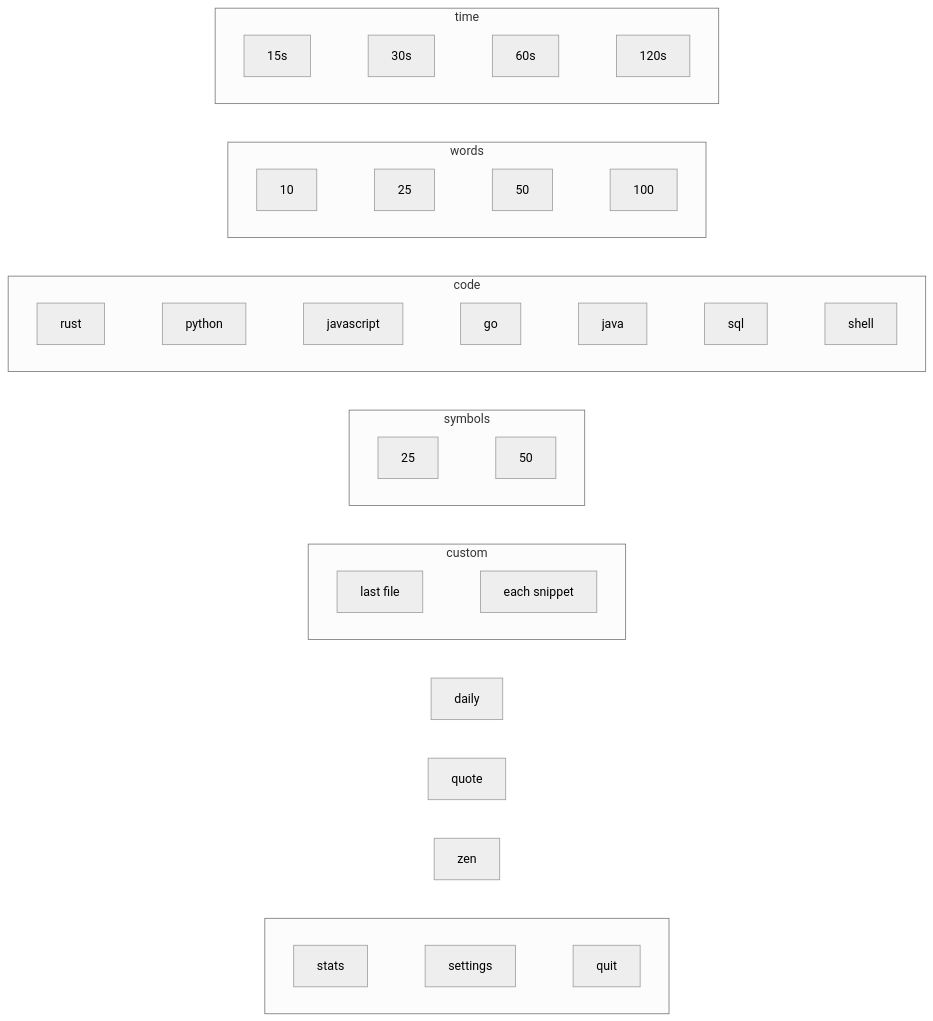
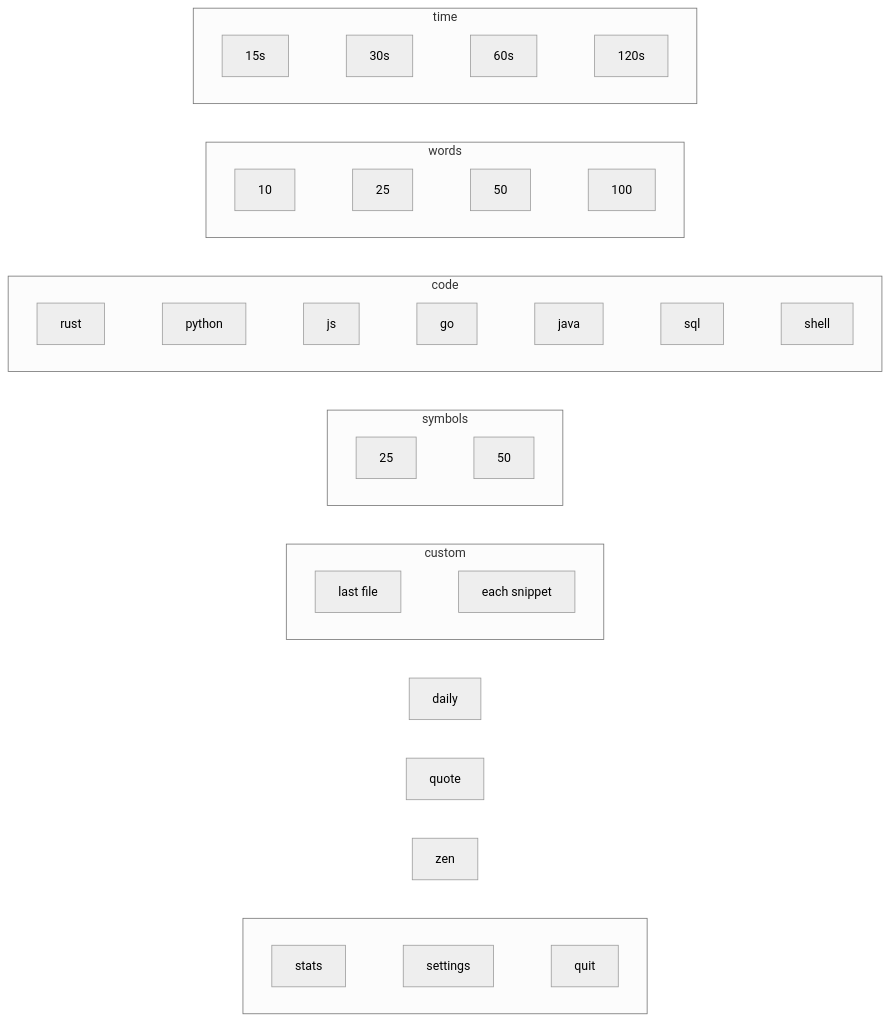
Before and after one commit to withrvr/typerush: the first of 2 diagrams in docs/USAGE.md, drawn with Mermaid (neutral theme). The commit also changed 2 other files, not shown here.

Commit message:
style(menu): the code row says js, not javascript
Shorter, and the name --code and code_lang already accept. Saved
sessions keep their code-javascript label, so stats are unchanged.

````diff
--- a/docs/USAGE.md
+++ b/docs/USAGE.md
@@ -188,28 +188,28 @@
 ```mermaid
 flowchart TD
     subgraph time
         direction LR
         t15[15s] ~~~ t30[30s] ~~~ t60[60s] ~~~ t120[120s]
     end
     subgraph words
         direction LR
         w10[10] ~~~ w25[25] ~~~ w50[50] ~~~ w100[100]
     end
     subgraph code
         direction LR
-        rust ~~~ python ~~~ javascript ~~~ go ~~~ java ~~~ sql ~~~ shell
+        rust ~~~ python ~~~ js ~~~ go ~~~ java ~~~ sql ~~~ shell
     end
     subgraph symbols
         direction LR
         s25[25] ~~~ s50[50]
     end
     subgraph custom
         direction LR
         last["last file"] ~~~ snip["each snippet"]
     end
     subgraph app[" "]
         direction LR
         stats ~~~ settings ~~~ quit
     end
     time ~~~ words ~~~ code ~~~ symbols ~~~ custom ~~~ daily ~~~ quote ~~~ zen ~~~ app
 ```
````
